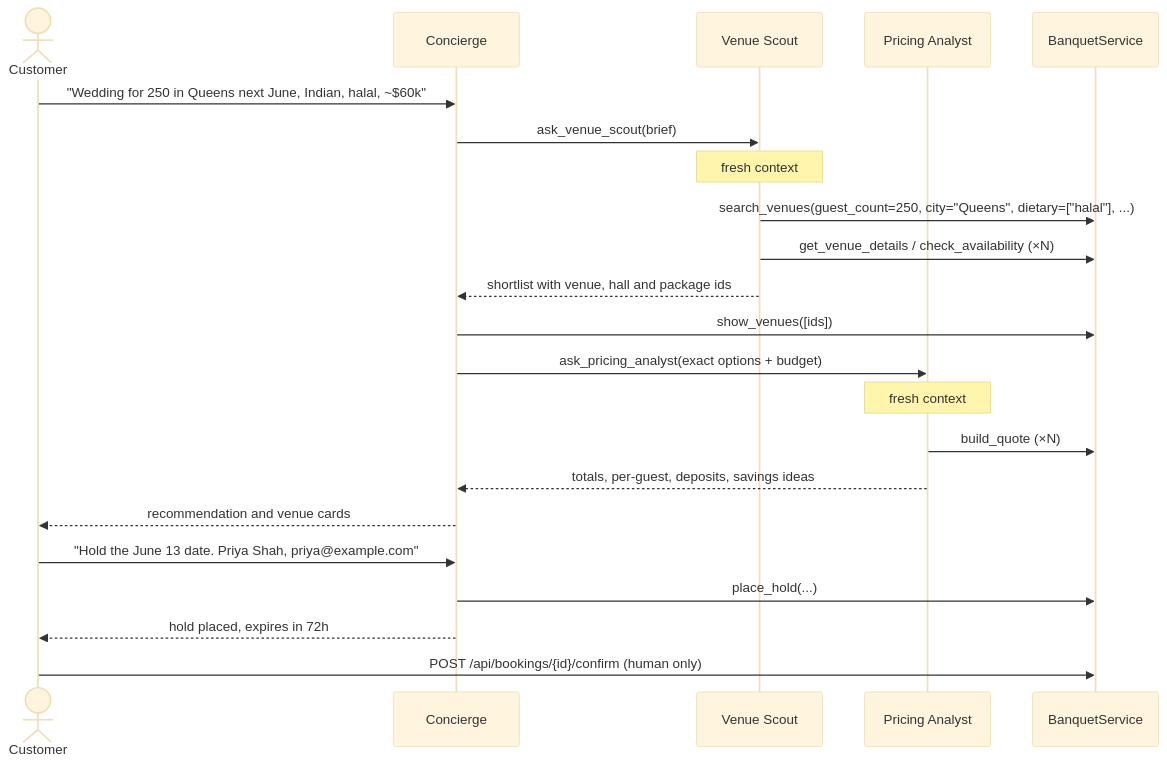
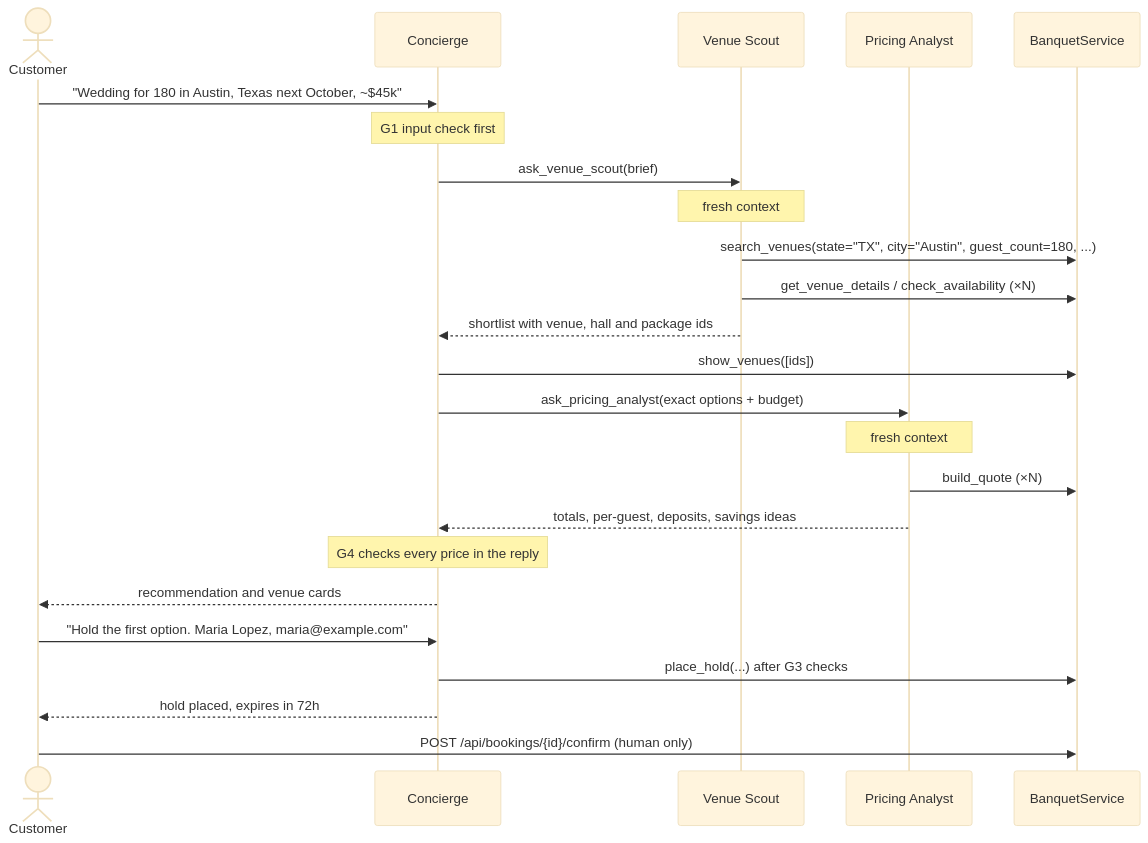
The diagram in docs/architecture.md (emitby/OpenTable-for-Banquet-Halls-Using-Agentic-Workflows), drawn with Mermaid (base theme) before and after one commit. The commit also changed other lines of this file and 44 other files, not shown here.

````diff
--- a/docs/architecture.md
+++ b/docs/architecture.md
@@ -17,25 +20,27 @@
 ```mermaid
 sequenceDiagram
     actor U as Customer
     participant C as Concierge
     participant S as Venue Scout
     participant P as Pricing Analyst
     participant D as BanquetService
 
-    U->>C: "Wedding for 250 in Queens next June, Indian, halal, ~$60k"
+    U->>C: "Wedding for 180 in Austin, Texas next October, ~$45k"
+    Note over C: G1 input check first
     C->>S: ask_venue_scout(brief)
     Note over S: fresh context
-    S->>D: search_venues(guest_count=250, city="Queens", dietary=["halal"], ...)
+    S->>D: search_venues(state="TX", city="Austin", guest_count=180, ...)
     S->>D: get_venue_details / check_availability (×N)
     S-->>C: shortlist with venue, hall and package ids
     C->>D: show_venues([ids])
     C->>P: ask_pricing_analyst(exact options + budget)
     Note over P: fresh context
     P->>D: build_quote (×N)
     P-->>C: totals, per-guest, deposits, savings ideas
+    Note over C: G4 checks every price in the reply
     C-->>U: recommendation and venue cards
-    U->>C: "Hold the June 13 date. Priya Shah, priya@example.com"
-    C->>D: place_hold(...)
+    U->>C: "Hold the first option. Maria Lopez, maria@example.com"
+    C->>D: place_hold(...) after G3 checks
     C-->>U: hold placed, expires in 72h
     U->>D: POST /api/bookings/{id}/confirm   (human only)
 ```
````
